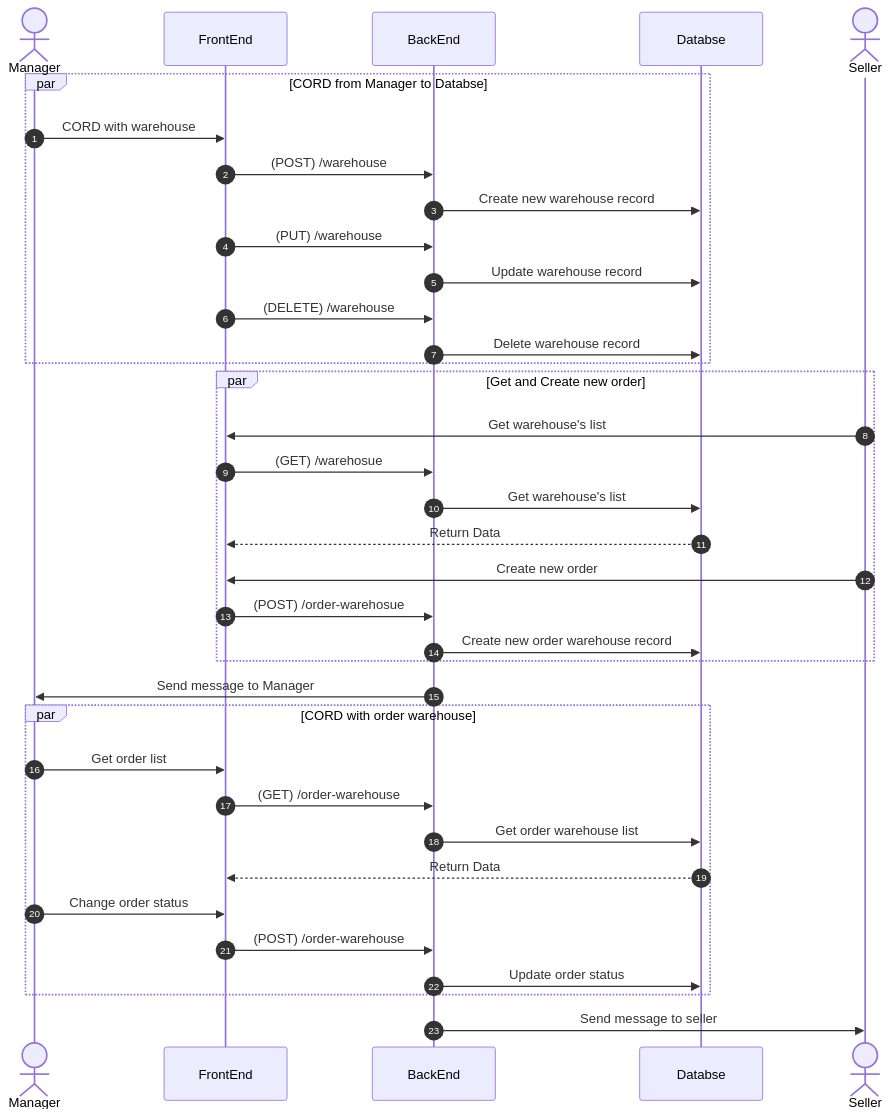
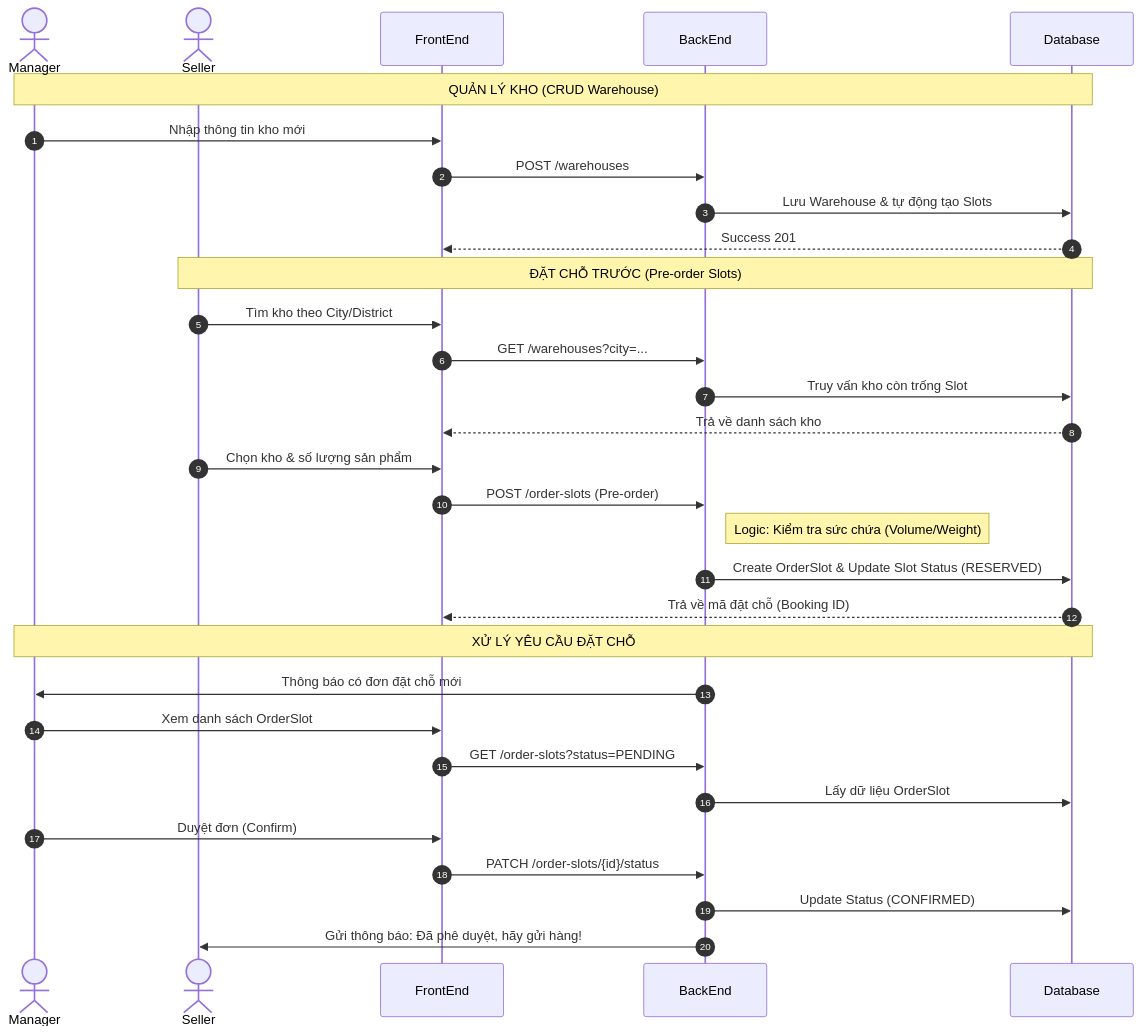
The diagram in diagram/warehouse-management-system/warehouse-management-system-part-1-2025-12-25-154102.mmd (caonhathao/ecommerce_nexjts), drawn with Mermaid before and after one commit. The commit also changed 23 other files, not shown here.

```diff
--- a/diagram/warehouse-management-system/warehouse-management-system-part-1-2025-12-25-154102.mmd
+++ b/diagram/warehouse-management-system/warehouse-management-system-part-1-2025-12-25-154102.mmd
@@ -1,36 +1,37 @@
 sequenceDiagram
-        actor MAN as Manager
-        participant FE as FrontEnd
-        participant BE as BackEnd
-        participant DB as Databse
-        actor SEL as Seller
-        autonumber
-        par CORD from Manager to Databse
-            MAN->>FE: CORD with warehouse
-            FE->>BE:(POST) /warehouse
-            BE->>DB: Create new warehouse record
-            FE->>BE:(PUT) /warehouse
-            BE->>DB: Update warehouse record
-            FE->>BE:(DELETE) /warehouse
-            BE->>DB: Delete warehouse record
-        end
-        par Get and Create new order
-            SEL->>FE: Get warehouse's list
-            FE->>BE:(GET) /warehosue
-            BE->>DB: Get warehouse's list
-            DB-->>FE: Return Data
-            SEL->>FE: Create new order
-            FE->>BE: (POST) /order-warehosue
-            BE->>DB: Create new order warehouse record
-        end
-        BE->>MAN: Send message to Manager
-        par CORD with order warehouse
-            MAN->>FE:Get order list
-            FE->>BE: (GET) /order-warehouse
-            BE->>DB: Get order warehouse list
-            DB-->>FE: Return Data
-            MAN->>FE: Change order status
-            FE->>BE: (POST) /order-warehouse
-            BE->>DB: Update order status
-        end
-        BE->>SEL: Send message to seller
+    actor MAN as Manager
+    actor SEL as Seller
+    participant FE as FrontEnd
+    participant BE as BackEnd
+    participant DB as Database
+
+    autonumber
+
+    Note over MAN, DB: QUẢN LÝ KHO (CRUD Warehouse)
+    MAN->>FE: Nhập thông tin kho mới
+    FE->>BE: POST /warehouses
+    BE->>DB: Lưu Warehouse & tự động tạo Slots
+    DB-->>FE: Success 201
+    
+    Note over SEL, DB: ĐẶT CHỖ TRƯỚC (Pre-order Slots)
+    SEL->>FE: Tìm kho theo City/District
+    FE->>BE: GET /warehouses?city=...
+    BE->>DB: Truy vấn kho còn trống Slot
+    DB-->>FE: Trả về danh sách kho
+    
+    SEL->>FE: Chọn kho & số lượng sản phẩm
+    FE->>BE: POST /order-slots (Pre-order)
+    Note right of BE: Logic: Kiểm tra sức chứa (Volume/Weight)
+    BE->>DB: Create OrderSlot & Update Slot Status (RESERVED)
+    DB-->>FE: Trả về mã đặt chỗ (Booking ID)
+    
+    Note over MAN, DB: XỬ LÝ YÊU CẦU ĐẶT CHỖ
+    BE->>MAN: Thông báo có đơn đặt chỗ mới
+    MAN->>FE: Xem danh sách OrderSlot
+    FE->>BE: GET /order-slots?status=PENDING
+    BE->>DB: Lấy dữ liệu OrderSlot
+    
+    MAN->>FE: Duyệt đơn (Confirm)
+    FE->>BE: PATCH /order-slots/{id}/status
+    BE->>DB: Update Status (CONFIRMED)
+    BE->>SEL: Gửi thông báo: Đã phê duyệt, hãy gửi hàng!
```
